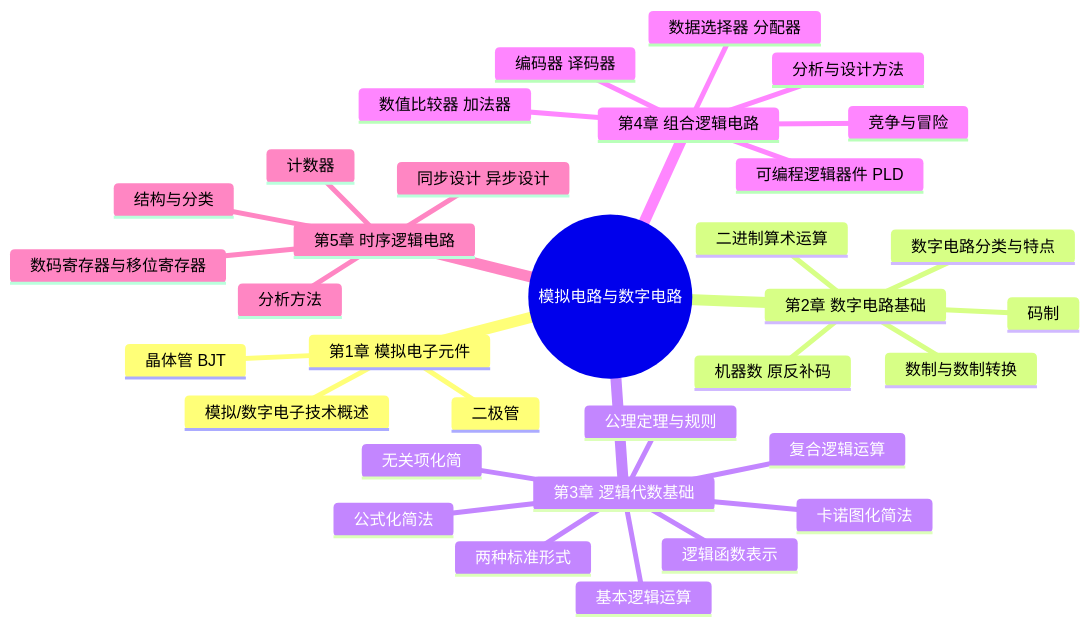
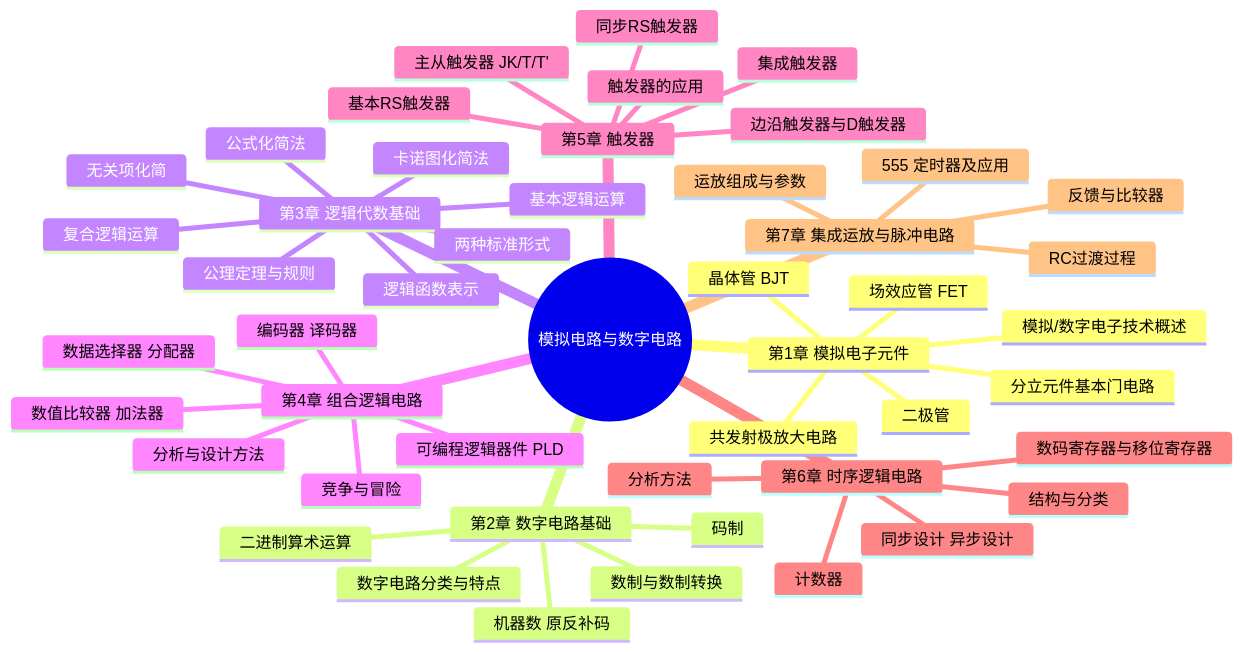
Before and after one commit to Kastrovsky/hrbust-cs-shudian-notes: the first of 8 diagrams in 学习资料/模拟电路与数字电路全书_知识点讲解_日常学习.md, drawn with Mermaid. The commit also changed other lines of this file and 112 other files, not shown here.

````diff
--- a/学习资料/模拟电路与数字电路全书_知识点讲解_日常学习.md
+++ b/学习资料/模拟电路与数字电路全书_知识点讲解_日常学习.md
@@ -9,36 +12,51 @@
 ```mermaid
 mindmap
   root((模拟电路与数字电路))
     第1章 模拟电子元件
       模拟/数字电子技术概述
       二极管
       晶体管 BJT
+      场效应管 FET
+      共发射极放大电路
+      分立元件基本门电路
     第2章 数字电路基础
       数字电路分类与特点
       数制与数制转换
       码制
       机器数 原反补码
       二进制算术运算
     第3章 逻辑代数基础
       基本逻辑运算
       复合逻辑运算
       公理定理与规则
       逻辑函数表示
       两种标准形式
       公式化简法
       卡诺图化简法
       无关项化简
     第4章 组合逻辑电路
       分析与设计方法
       编码器 译码器
       数据选择器 分配器
       数值比较器 加法器
       竞争与冒险
       可编程逻辑器件 PLD
-    第5章 时序逻辑电路
+    第5章 触发器
+      基本RS触发器
+      同步RS触发器
+      主从触发器 JK/T/T'
+      边沿触发器与D触发器
+      集成触发器
+      触发器的应用
+    第6章 时序逻辑电路
       结构与分类
       分析方法
       同步设计 异步设计
       计数器
       数码寄存器与移位寄存器
+    第7章 集成运放与脉冲电路
+      运放组成与参数
+      反馈与比较器
+      RC过渡过程
+      555 定时器及应用
 ```
````
